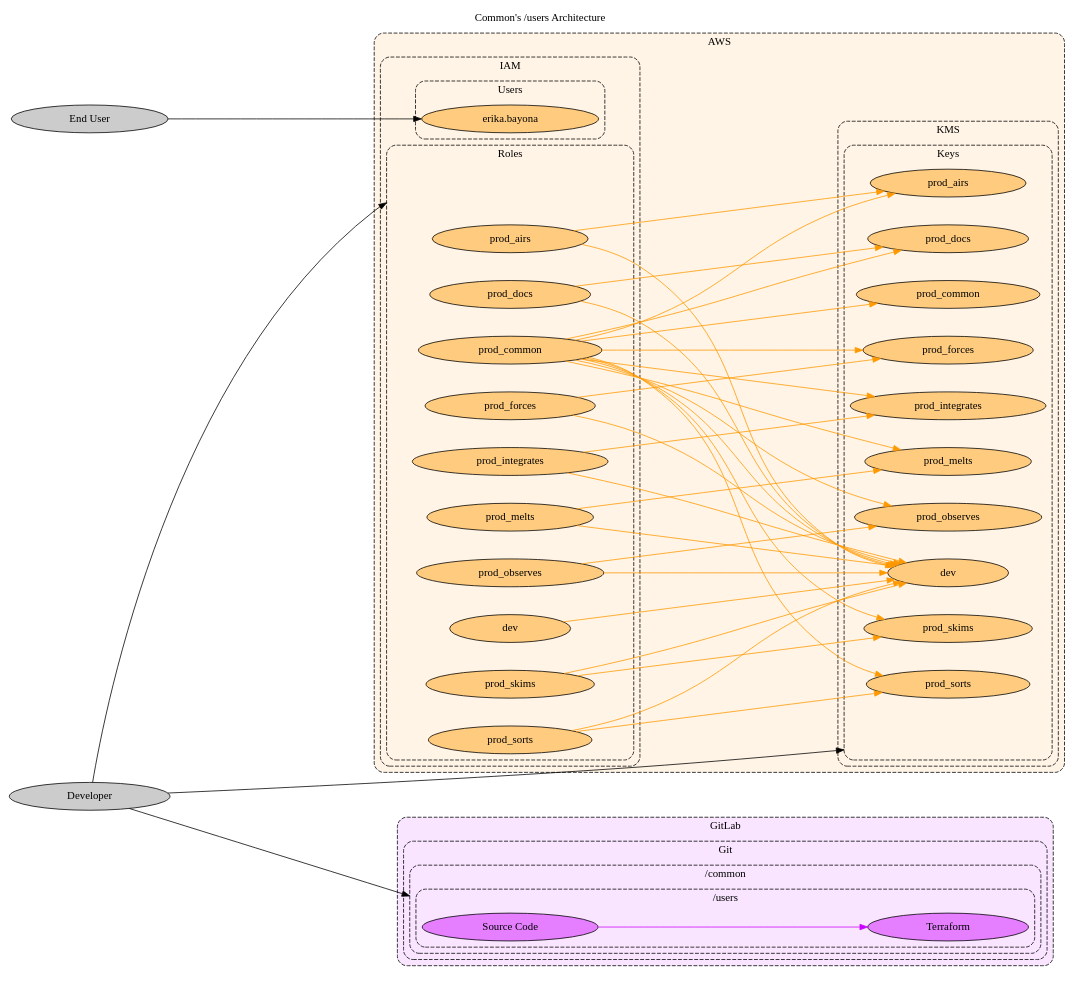
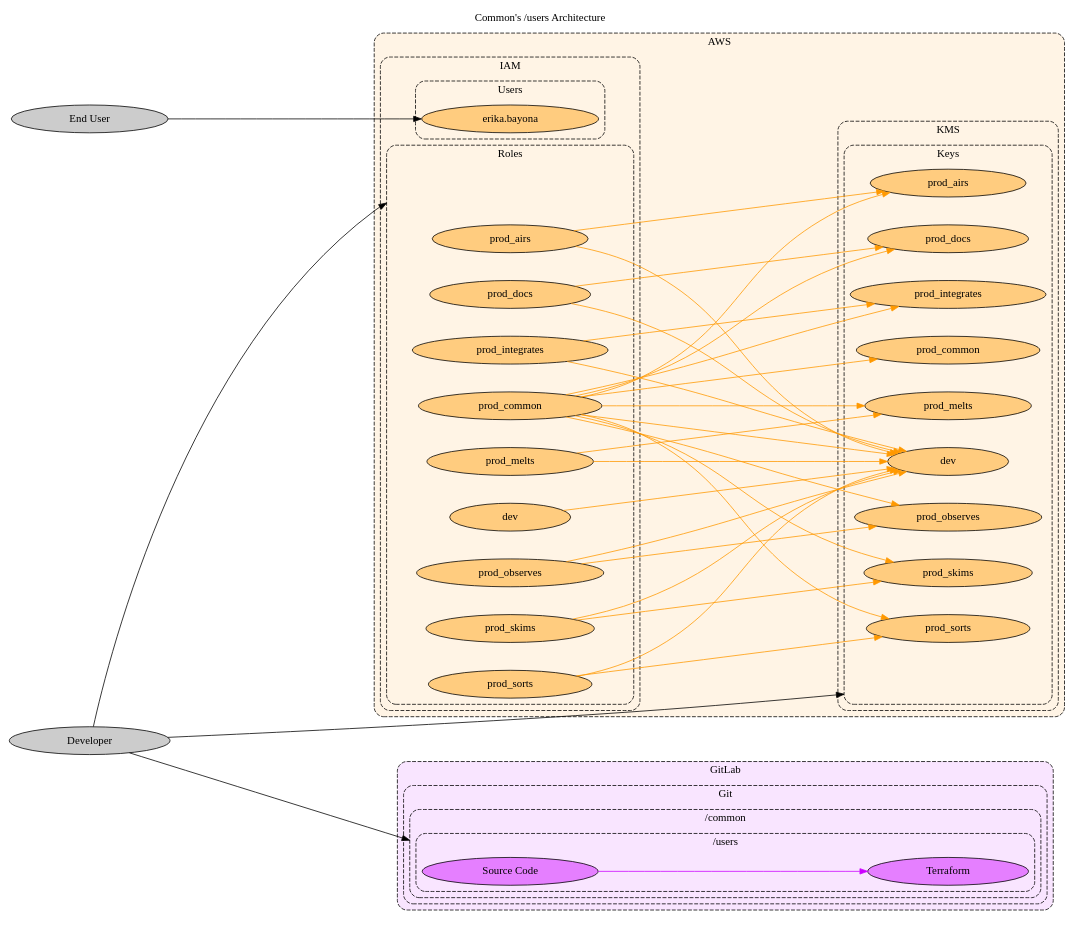
One commit to jeanbaptistemora/fluidattacks-universe2 changed the diagram in docs/src/docs/development/products/common/users-arch.dot. Above: the diagram before and after it, drawn with Graphviz. The commit also changed 2 other files, not shown here.

Commit message:
docs\refac(front): #8754 remove prod forces references
- Removed any references to `prod_forces` in the doc

```diff
--- a/docs/src/docs/development/products/common/users-arch.dot
+++ b/docs/src/docs/development/products/common/users-arch.dot
@@ -1,131 +1,126 @@
 digraph common {
   label="Common's /users Architecture"
   labelloc="t"
   compound="true"
   concentrate="true"
   rankdir="LR"
   ranksep="4.0"
   nodesep="0.5"
   overlap="scalexy"
 
   node[style="filled" margin="0.8,0.0"]
   graph[style="dashed,rounded"]
 
   subgraph cluster_aws {
     label="AWS"
     bgcolor="0.1 0.1 1.0"
     node[fillcolor="0.1 0.5 1.0"]
 
     subgraph cluster_aws_iam {
       label="IAM"
 
       subgraph cluster_aws_iam_roles {
         label="Roles"
 
         cluster_aws_iam_roles[style="invis"]
         aws_iam_roles_dev[label="dev"]
         aws_iam_roles_prod_airs[label="prod_airs"]
         aws_iam_roles_prod_common[label="prod_common"]
         aws_iam_roles_prod_docs[label="prod_docs"]
-        aws_iam_roles_prod_forces[label="prod_forces"]
         aws_iam_roles_prod_integrates[label="prod_integrates"]
         aws_iam_roles_prod_melts[label="prod_melts"]
         aws_iam_roles_prod_observes[label="prod_observes"]
         aws_iam_roles_prod_skims[label="prod_skims"]
         aws_iam_roles_prod_sorts[label="prod_sorts"]
       }
 
       subgraph cluster_aws_iam_users {
         label="Users"
 
         aws_iam_users_erika_bayona[label="erika.bayona"]
       }
 
     }
 
     subgraph cluster_aws_kms {
       label="KMS"
 
       subgraph cluster_aws_kms_keys {
         label="Keys"
 
         cluster_aws_kms_keys[label="" style="invis"]
         aws_kms_keys_dev[label="dev"]
         aws_kms_keys_prod_airs[label="prod_airs"]
         aws_kms_keys_prod_common[label="prod_common"]
         aws_kms_keys_prod_docs[label="prod_docs"]
-        aws_kms_keys_prod_forces[label="prod_forces"]
         aws_kms_keys_prod_integrates[label="prod_integrates"]
         aws_kms_keys_prod_melts[label="prod_melts"]
         aws_kms_keys_prod_observes[label="prod_observes"]
         aws_kms_keys_prod_skims[label="prod_skims"]
         aws_kms_keys_prod_sorts[label="prod_sorts"]
       }
     }
   }
 
   subgraph cluster_gitlab {
     label="GitLab"
     bgcolor="0.8 0.1 1.0"
     node[fillcolor="0.8 0.5 1.0"]
 
     subgraph cluster_gitlab_git {
       label="Git"
 
       subgraph cluster_gitlab_git_common {
         label="/common"
 
         subgraph cluster_gitlab_git_common_users {
           label="/users"
 
           gitlab_git_common_users[label="Source Code"]
           gitlab_git_common_users_terraform[label="Terraform"]
         }
       }
     }
   }
 
   edge[color="0.1 1.0 1.0"]
   aws_iam_roles_dev -> aws_kms_keys_dev[]
   aws_iam_roles_prod_airs -> aws_kms_keys_dev[]
   aws_iam_roles_prod_airs -> aws_kms_keys_prod_airs[]
   aws_iam_roles_prod_common -> aws_kms_keys_dev[]
   aws_iam_roles_prod_common -> aws_kms_keys_prod_airs[]
   aws_iam_roles_prod_common -> aws_kms_keys_prod_common[]
   aws_iam_roles_prod_common -> aws_kms_keys_prod_docs[]
-  aws_iam_roles_prod_common -> aws_kms_keys_prod_forces[]
   aws_iam_roles_prod_common -> aws_kms_keys_prod_integrates[]
   aws_iam_roles_prod_common -> aws_kms_keys_prod_melts[]
   aws_iam_roles_prod_common -> aws_kms_keys_prod_observes[]
   aws_iam_roles_prod_common -> aws_kms_keys_prod_skims[]
   aws_iam_roles_prod_common -> aws_kms_keys_prod_sorts[]
   aws_iam_roles_prod_docs -> aws_kms_keys_dev[]
   aws_iam_roles_prod_docs -> aws_kms_keys_prod_docs[]
-  aws_iam_roles_prod_forces -> aws_kms_keys_dev[]
-  aws_iam_roles_prod_forces -> aws_kms_keys_prod_forces[]
   aws_iam_roles_prod_integrates -> aws_kms_keys_dev[]
   aws_iam_roles_prod_integrates -> aws_kms_keys_prod_integrates[]
   aws_iam_roles_prod_melts -> aws_kms_keys_dev[]
   aws_iam_roles_prod_melts -> aws_kms_keys_prod_melts[]
   aws_iam_roles_prod_observes -> aws_kms_keys_dev[]
   aws_iam_roles_prod_observes -> aws_kms_keys_prod_observes[]
   aws_iam_roles_prod_skims -> aws_kms_keys_dev[]
   aws_iam_roles_prod_skims -> aws_kms_keys_prod_skims[]
   aws_iam_roles_prod_sorts -> aws_kms_keys_dev[]
   aws_iam_roles_prod_sorts -> aws_kms_keys_prod_sorts[]
 
   edge[color="0.6 1.0 1.0"]
 
   edge[color="0.8 1.0 1.0"]
   gitlab_git_common_users -> gitlab_git_common_users_terraform[]
 
   node[fillcolor="0.0 0.0 0.8"]
   developer[label="Developer"]
   end_user[label="End User"]
 
   edge[color="0.0 0.0 0.0"]
   developer -> cluster_aws_kms_keys[lhead="cluster_aws_kms_keys"]
   developer -> cluster_aws_iam_roles[lhead="cluster_aws_iam_roles"]
   developer -> gitlab_git_common_users[lhead="cluster_gitlab_git_common"]
   end_user -> aws_iam_users_erika_bayona[]
 }
```
